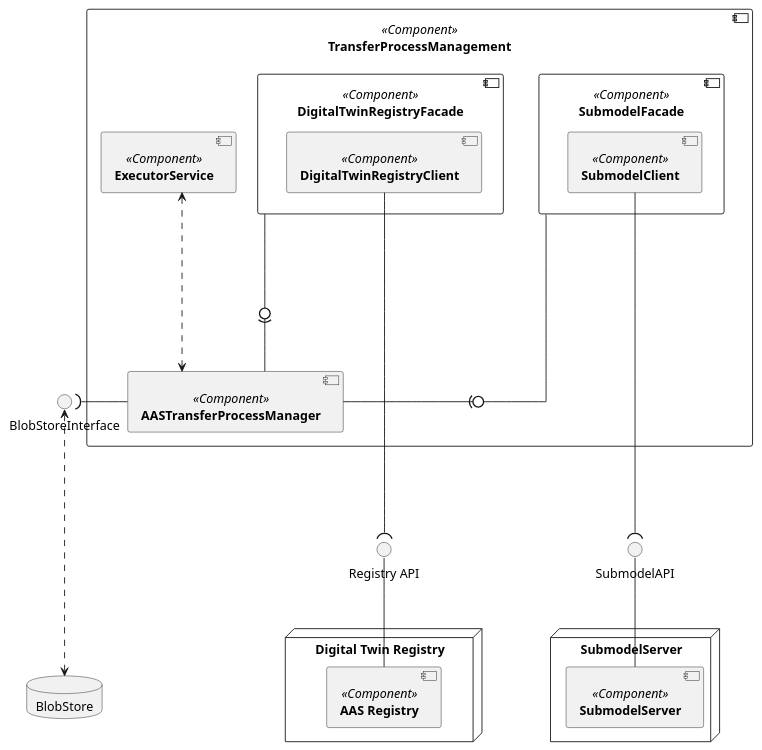
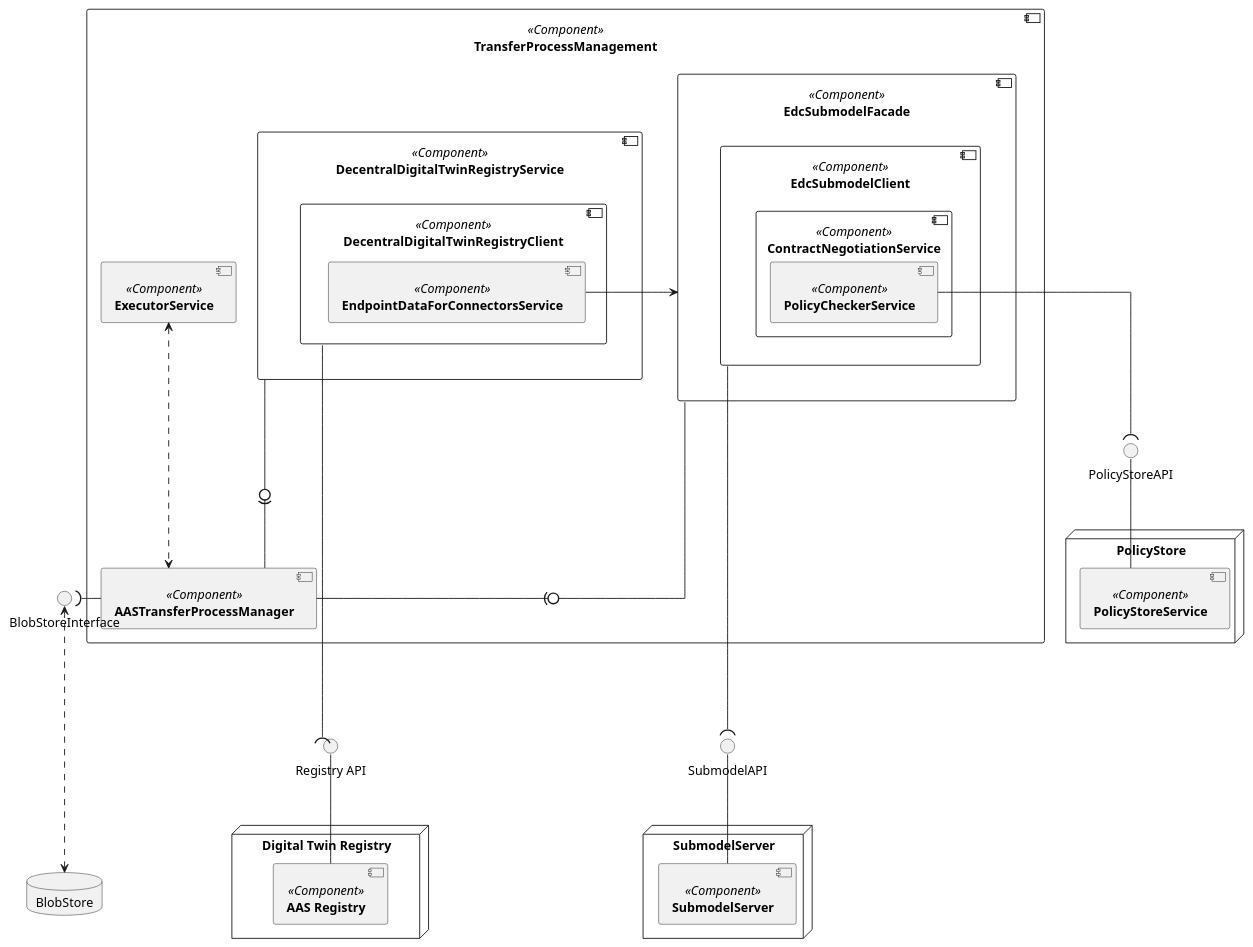
One commit to eclipse-tractusx/item-relationship-service changed the diagram in docs/src/uml-diagrams/building-block-view/level-2-int-transfer-process-management.puml. Above: the diagram before and after it, drawn with PlantUML.

Commit message:
chore(buildingblock):[#287] update level 2 view adding policy store

```diff
--- a/docs/src/uml-diagrams/building-block-view/level-2-int-transfer-process-management.puml
+++ b/docs/src/uml-diagrams/building-block-view/level-2-int-transfer-process-management.puml
@@ -1,46 +1,59 @@
 @startuml
 skinparam monochrome true
 skinparam shadowing false
 skinparam nodesep 10
 skinparam ranksep 100
 skinparam linetype ortho
 skinparam defaultFontName "Architects daughter"
 
 
 component [**TransferProcessManagement**] <<Component>> as TransferProcessManagement {
     component [**AASTransferProcessManager**] <<Component>> as TransferProcessManager
-    component [**DigitalTwinRegistryFacade**] <<Component>> as DTRFacade {
-        component [**DigitalTwinRegistryClient**] <<Component>> as DTRClient
+    component [**DecentralDigitalTwinRegistryService**] <<Component>> as DTRService {
+        component [**DecentralDigitalTwinRegistryClient**] <<Component>> as DTRClient {
+            component [**EndpointDataForConnectorsService**] <<Component>> as EndpointDataForConnectorsService
+        }
     }
-    component [**SubmodelFacade**] <<Component>> as SubmodelFacade {
-        component [**SubmodelClient**] <<Component>> as SubmodelClient
+    component [**EdcSubmodelFacade**] <<Component>> as SubmodelFacade {
+        component [**EdcSubmodelClient**] <<Component>> as SubmodelClient {
+            component [**ContractNegotiationService**]  <<Component>> as ContractNegotiationService {
+                [**PolicyCheckerService**] <<Component>> as PolicyCheckerService
+            }
+        }
     }
     component [**ExecutorService**] <<Component>> as ExecutorService
+}
+
+node PolicyStore {
+    [**PolicyStoreService**] <<Component>> as PolicyStoreService
 }
 
 node "Digital Twin Registry" {
     [**AAS Registry**] <<Component>> as AASR
 }
 
 node "SubmodelServer" {
     [**SubmodelServer**] <<Component>> as SMS
 }
 
-
-DTRFacade --0)- TransferProcessManager
+DTRService --0)- TransferProcessManager
 SubmodelFacade --0)- TransferProcessManager
 ExecutorService <...> TransferProcessManager
 
 interface "Registry API" as RegAPI
 RegAPI -- AASR
 DTRClient ----( RegAPI
 
 
 interface "SubmodelAPI" as SMSAPI
 SMSAPI -- SMS
 SubmodelClient ----( SMSAPI
+interface "PolicyStoreAPI" as PolicyStoreAPI
+PolicyCheckerService --(  PolicyStoreAPI
+PolicyStoreAPI -- PolicyStoreService
+EndpointDataForConnectorsService -> SubmodelFacade
 
 database BlobStore
 TransferProcessManager -left-( BlobStoreInterface
 BlobStoreInterface <...> BlobStore
 @enduml
```
